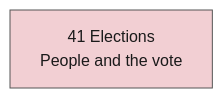
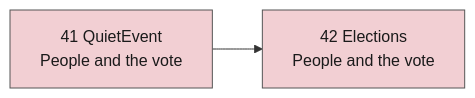
Before and after one commit to powerbassist/World-simulator: the sixth of 6 diagrams in docs/tick-order.md, drawn with Mermaid. The commit also changed other lines of this file and 19 other files, not shown here.

````diff
--- a/docs/tick-order.md
+++ b/docs/tick-order.md
@@ -126,11 +126,12 @@
 ```mermaid
 flowchart LR
-  s41["41 Elections<br/>People and the vote"]:::g5
-  s41
+  s41["41 QuietEvent<br/>People and the vote"]:::g5
+  s42["42 Elections<br/>People and the vote"]:::g5
+  s41 --> s42
   classDef g0 fill:#cfe3f7,stroke:#555,color:#1a1a1a
   classDef g1 fill:#f6dcc2,stroke:#555,color:#1a1a1a
   classDef g2 fill:#dccff0,stroke:#555,color:#1a1a1a
   classDef g3 fill:#cdebd3,stroke:#555,color:#1a1a1a
   classDef g4 fill:#f3e7b5,stroke:#555,color:#1a1a1a
   classDef g5 fill:#f2cfd3,stroke:#555,color:#1a1a1a
 ```
````
